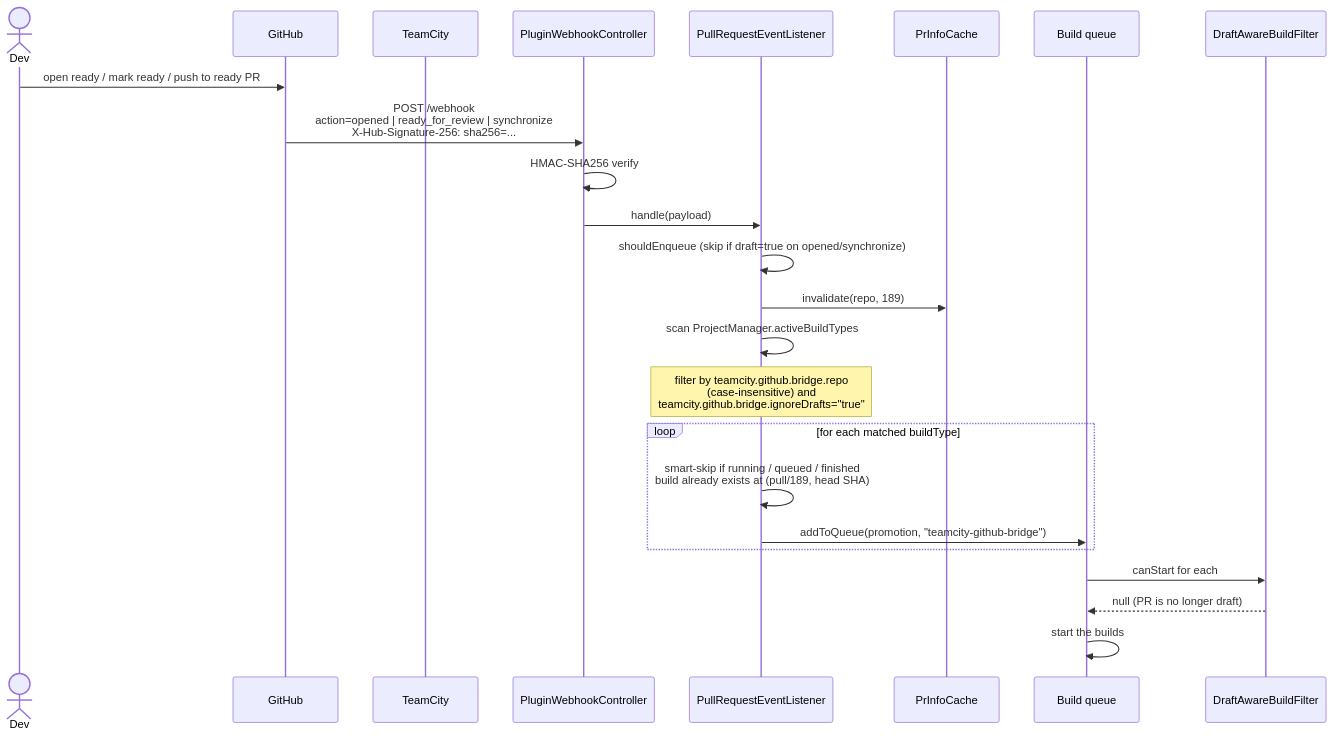
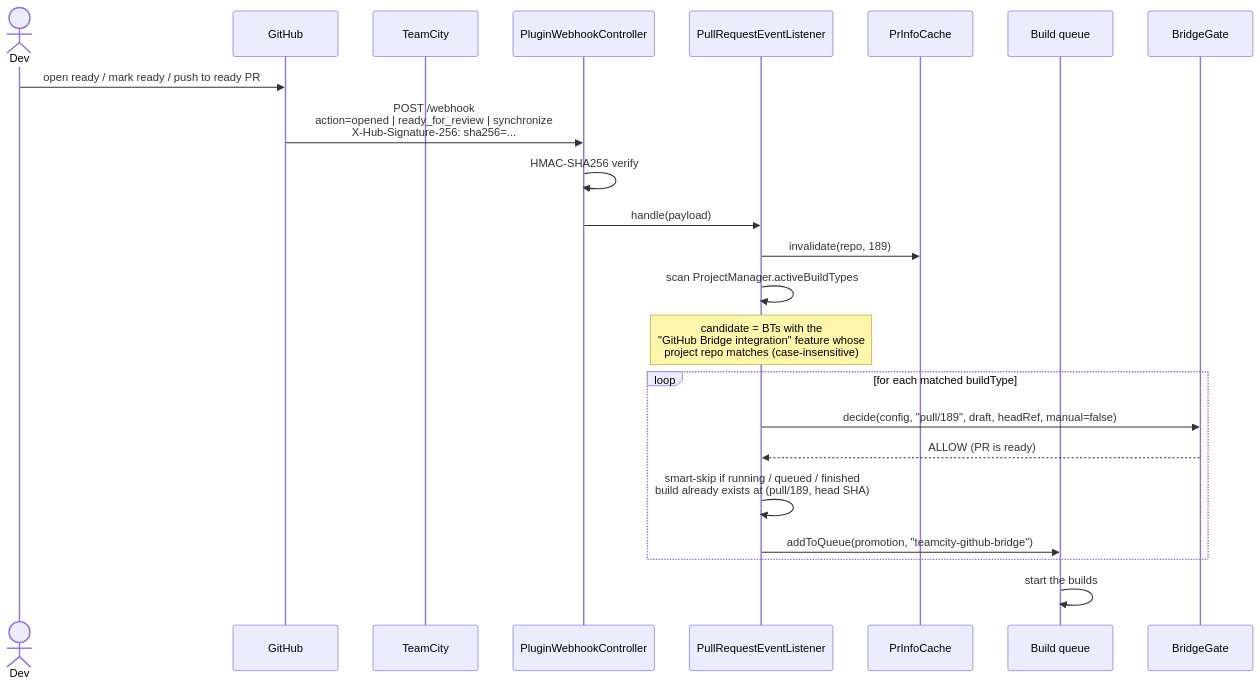
The third of 12 diagrams in doc/usage-scenarios.md (Silmaen/teamcity-github), drawn with Mermaid before and after one commit. The commit also changed other lines of this file and 64 other files, not shown here.

````diff
--- a/doc/usage-scenarios.md
+++ b/doc/usage-scenarios.md
@@ -107,27 +140,26 @@
 ```mermaid
 sequenceDiagram
     actor Dev
     participant GH as GitHub
     participant TC as TeamCity
     participant W as PluginWebhookController
     participant L as PullRequestEventListener
     participant Cache as PrInfoCache
     participant Q as Build queue
-    participant F as DraftAwareBuildFilter
+    participant Gate as BridgeGate
 
     Dev->>GH: open ready / mark ready / push to ready PR
     GH->>W: POST /webhook<br/>action=opened | ready_for_review | synchronize<br/>X-Hub-Signature-256: sha256=...
     W->>W: HMAC-SHA256 verify
     W->>L: handle(payload)
-    L->>L: shouldEnqueue (skip if draft=true on opened/synchronize)
     L->>Cache: invalidate(repo, 189)
     L->>L: scan ProjectManager.activeBuildTypes
-    Note over L: filter by teamcity.github.bridge.repo<br/>(case-insensitive) and<br/>teamcity.github.bridge.ignoreDrafts="true"
+    Note over L: candidate = BTs with the<br/>"GitHub Bridge integration" feature whose<br/>project repo matches (case-insensitive)
     loop for each matched buildType
+        L->>Gate: decide(config, "pull/189", draft, headRef, manual=false)
+        Gate-->>L: ALLOW (PR is ready)
         L->>L: smart-skip if running / queued / finished<br/>build already exists at (pull/189, head SHA)
         L->>Q: addToQueue(promotion, "teamcity-github-bridge")
     end
-    Q->>F: canStart for each
-    F-->>Q: null (PR is no longer draft)
     Q->>Q: start the builds
 ```
````
